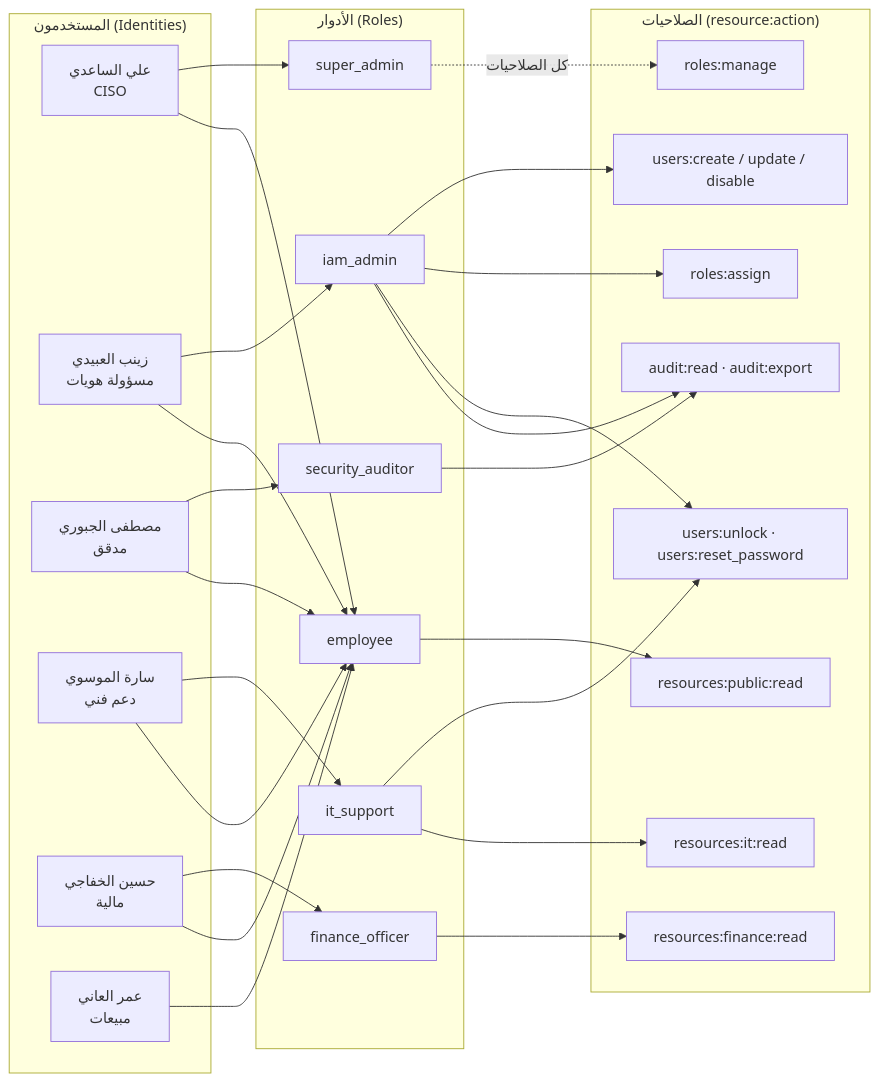
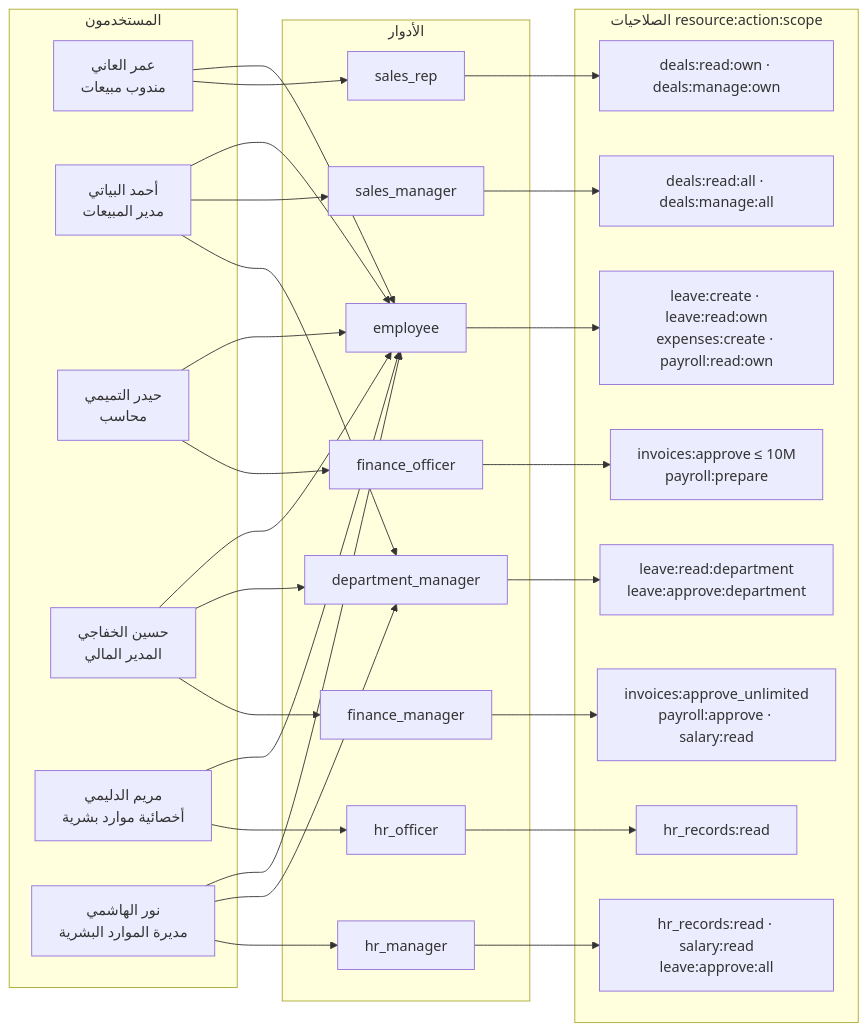
One commit to blackangiliq/ameer_graduate_project changed the diagram in docs/diagrams/08-rbac-model.mmd. Above: the diagram before and after it, drawn with Mermaid. The commit also changed 101 other files, not shown here.

```diff
--- a/docs/diagrams/08-rbac-model.mmd
+++ b/docs/diagrams/08-rbac-model.mmd
@@ -1,41 +1,47 @@
 flowchart LR
-  subgraph U["المستخدمون (Identities)"]
-    u1["علي الساعدي<br/>CISO"]
-    u2["زينب العبيدي<br/>مسؤولة هويات"]
-    u3["مصطفى الجبوري<br/>مدقق"]
-    u4["سارة الموسوي<br/>دعم فني"]
-    u5["حسين الخفاجي<br/>مالية"]
-    u6["عمر العاني<br/>مبيعات"]
+  subgraph U["المستخدمون"]
+    u1["عمر العاني<br/>مندوب مبيعات"]
+    u2["أحمد البياتي<br/>مدير المبيعات"]
+    u3["حيدر التميمي<br/>محاسب"]
+    u4["حسين الخفاجي<br/>المدير المالي"]
+    u5["مريم الدليمي<br/>أخصائية موارد بشرية"]
+    u6["نور الهاشمي<br/>مديرة الموارد البشرية"]
   end
-  subgraph R["الأدوار (Roles)"]
-    r1[super_admin]
-    r2[iam_admin]
-    r3[security_auditor]
-    r4[it_support]
-    r5[finance_officer]
-    r6[employee]
+  subgraph R["الأدوار"]
+    r0[employee]
+    r1[sales_rep]
+    r2[sales_manager]
+    r3[department_manager]
+    r4[finance_officer]
+    r5[finance_manager]
+    r6[hr_officer]
+    r7[hr_manager]
   end
-  subgraph P["الصلاحيات (resource:action)"]
-    p1["roles:manage"]
-    p2["users:create / update / disable"]
-    p3["roles:assign"]
-    p4["audit:read · audit:export"]
-    p5["users:unlock · users:reset_password"]
-    p6["resources:it:read"]
-    p7["resources:finance:read"]
-    p8["resources:public:read"]
+  subgraph P["الصلاحيات resource:action:scope"]
+    p0["leave:create · leave:read:own<br/>expenses:create · payroll:read:own"]
+    p1["deals:read:own · deals:manage:own"]
+    p2["deals:read:all · deals:manage:all"]
+    p3["leave:read:department<br/>leave:approve:department"]
+    p4["invoices:approve ≤ 10M<br/>payroll:prepare"]
+    p5["invoices:approve_unlimited<br/>payroll:approve · salary:read"]
+    p6["hr_records:read"]
+    p7["hr_records:read · salary:read<br/>leave:approve:all"]
   end
+  u1 & u2 & u3 & u4 & u5 & u6 --> r0
   u1 --> r1
   u2 --> r2
-  u3 --> r3
-  u4 --> r4
-  u5 --> r5
-  u6 --> r6
-  u1 & u2 & u3 & u4 & u5 --> r6
-  r1 -. كل الصلاحيات .-> p1
-  r2 --> p2 & p3 & p5
-  r2 --> p4
-  r3 --> p4
-  r4 --> p5 & p6
-  r5 --> p7
-  r6 --> p8
+  u2 --> r3
+  u4 --> r3
+  u6 --> r3
+  u3 --> r4
+  u4 --> r5
+  u5 --> r6
+  u6 --> r7
+  r0 --> p0
+  r1 --> p1
+  r2 --> p2
+  r3 --> p3
+  r4 --> p4
+  r5 --> p5
+  r6 --> p6
+  r7 --> p7
```
